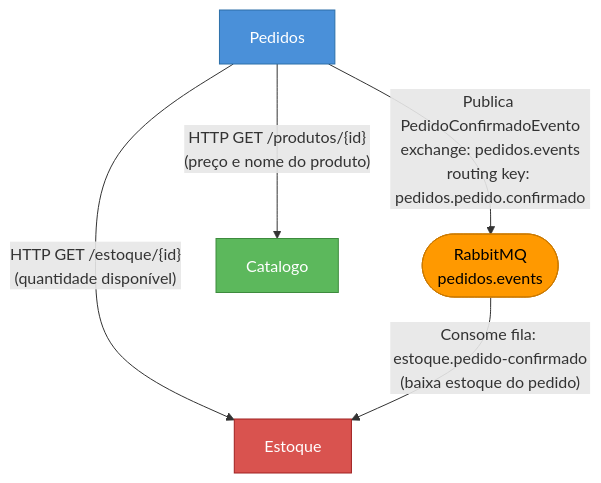
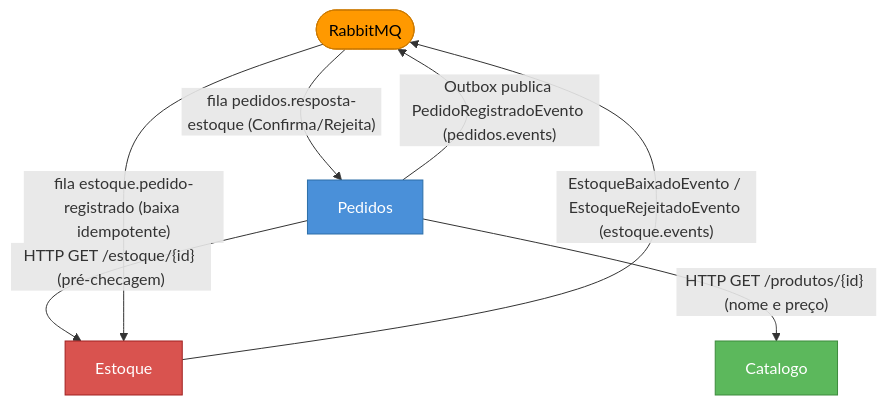
The diagram in docs/Comunicacao.md (mkettermann/Gestao-Armazem-Esportivo), drawn with Mermaid before and after one commit. The commit also changed other lines of this file and 85 other files, not shown here.

````diff
--- a/docs/Comunicacao.md
+++ b/docs/Comunicacao.md
@@ -22,14 +23,16 @@
 ```mermaid
 flowchart TD
-    RMQ([RabbitMQ\npedidos.events])
+    RMQ([RabbitMQ])
 
-    Pedidos -->|"HTTP GET /produtos/{id}\n(preço e nome do produto)"| Catalogo
-    Pedidos -->|"HTTP GET /estoque/{id}\n(quantidade disponível)"| Estoque
-    Pedidos -->|"Publica PedidoConfirmadoEvento\nexchange: pedidos.events\nrouting key: pedidos.pedido.confirmado"| RMQ
-    RMQ -->|"Consome fila: estoque.pedido-confirmado\n(baixa estoque do pedido)"| Estoque
+    Pedidos -->|"HTTP GET /produtos/{id} (nome e preço)"| Catalogo
+    Pedidos -->|"HTTP GET /estoque/{id} (pré-checagem)"| Estoque
+    Pedidos -->|"Outbox publica PedidoRegistradoEvento (pedidos.events)"| RMQ
+    RMQ -->|"fila estoque.pedido-registrado (baixa idempotente)"| Estoque
+    Estoque -->|"EstoqueBaixadoEvento / EstoqueRejeitadoEvento (estoque.events)"| RMQ
+    RMQ -->|"fila pedidos.resposta-estoque (Confirma/Rejeita)"| Pedidos
 
     style RMQ fill:#ff9900,color:#000,stroke:#cc7a00
     style Pedidos fill:#4a90d9,color:#fff,stroke:#2c6fa8
     style Catalogo fill:#5cb85c,color:#fff,stroke:#3d8b3d
     style Estoque fill:#d9534f,color:#fff,stroke:#a02020
 ```
````
